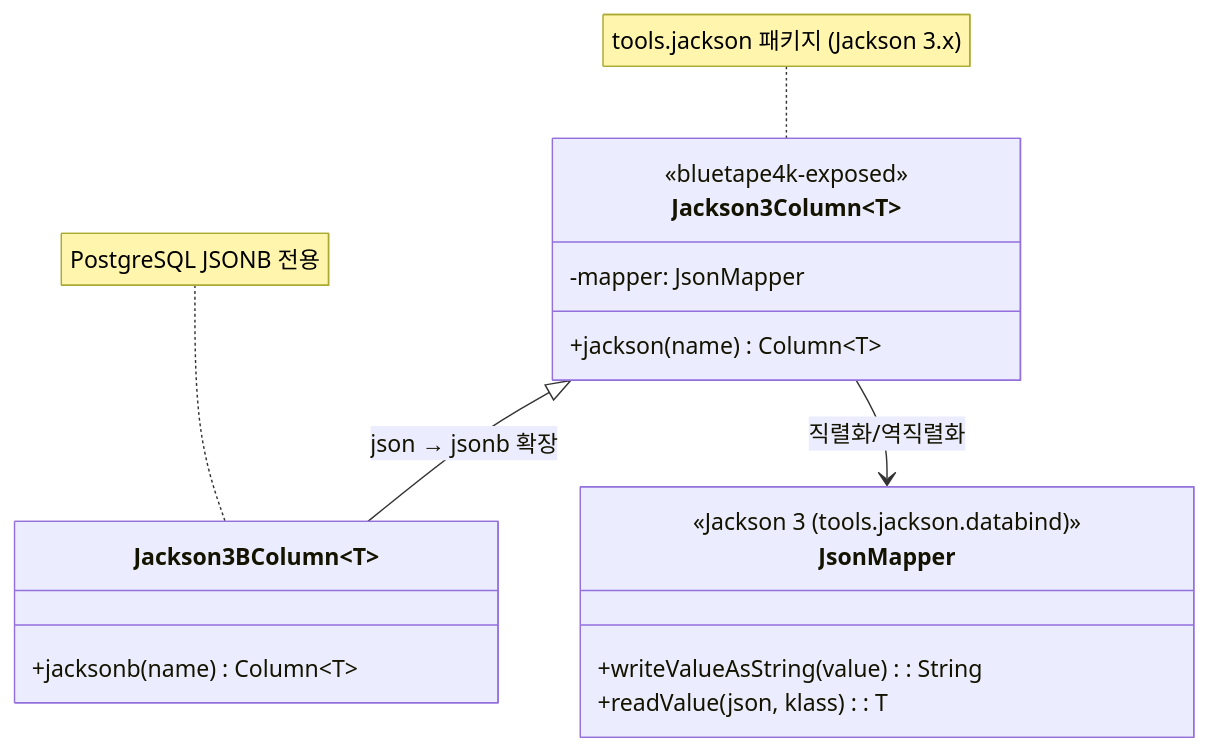
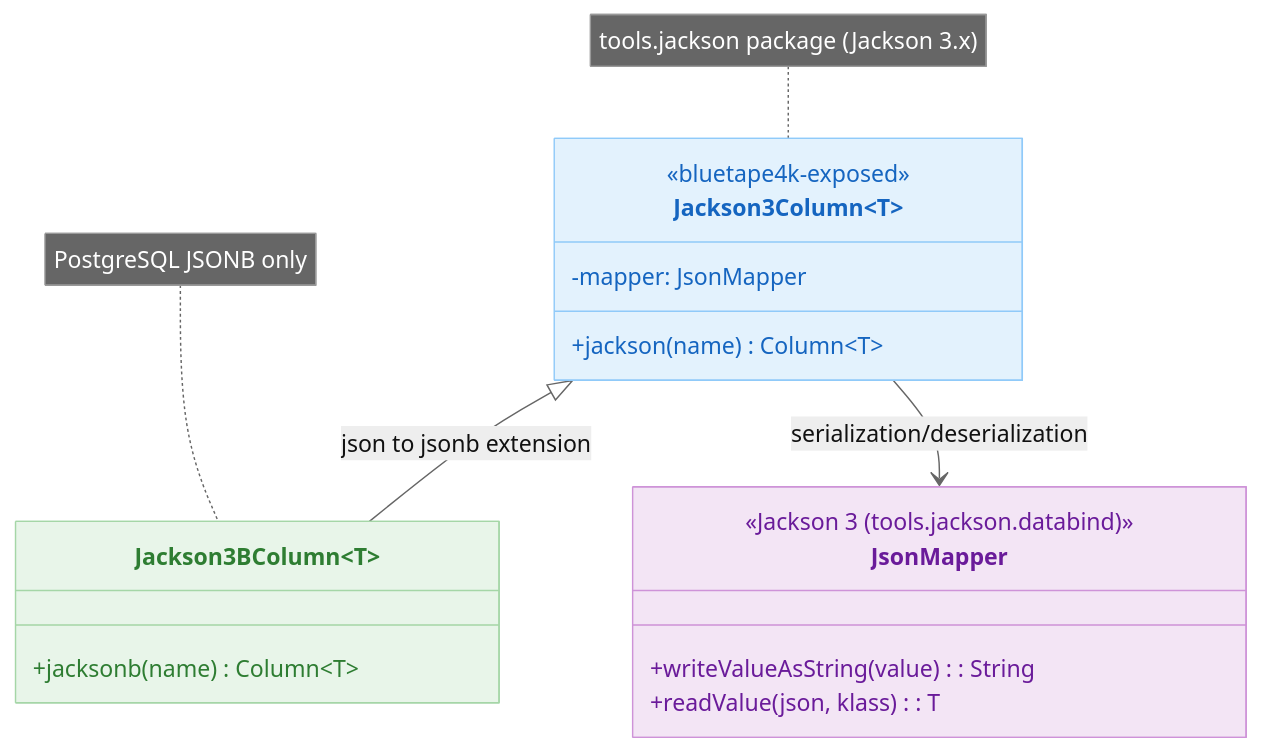
One commit to bluetape4k/exposed-r2dbc-workshop changed the first of 3 diagrams in 06-advanced/11-exposed-r2dbc-jackson3/README.md. Above: the diagram before and after it, drawn with Mermaid. The commit also changed other lines of this file and 63 other files, not shown here.

First line of the commit message:
docs: 전 모듈 README Mermaid UML 추가 및 영/한 이중화

````diff
--- a/06-advanced/11-exposed-r2dbc-jackson3/README.md
+++ b/06-advanced/11-exposed-r2dbc-jackson3/README.md
@@ -34,21 +35,26 @@
 ```mermaid
+%%{init: {"theme": "neutral"}}%%
 classDiagram
     class Jackson3Column~T~ {
         <<bluetape4k-exposed>>
         +jackson(name) Column~T~
         -mapper: JsonMapper
     }
-    note for Jackson3Column "tools.jackson 패키지 (Jackson 3.x)"
+    note for Jackson3Column "tools.jackson package (Jackson 3.x)"
     class Jackson3BColumn~T~ {
         +jacksonb(name) Column~T~
     }
-    note for Jackson3BColumn "PostgreSQL JSONB 전용"
+    note for Jackson3BColumn "PostgreSQL JSONB only"
     class JsonMapper {
         <<Jackson 3 (tools.jackson.databind)>>
         +writeValueAsString(value): String
         +readValue(json, klass): T
     }
 
-    Jackson3Column <|-- Jackson3BColumn : json → jsonb 확장
-    Jackson3Column --> JsonMapper : 직렬화/역직렬화
+    Jackson3Column <|-- Jackson3BColumn : json to jsonb extension
+    Jackson3Column --> JsonMapper : serialization/deserialization
+
+    style Jackson3Column fill:#E3F2FD,stroke:#90CAF9,color:#1565C0
+    style Jackson3BColumn fill:#E8F5E9,stroke:#A5D6A7,color:#2E7D32
+    style JsonMapper fill:#F3E5F5,stroke:#CE93D8,color:#6A1B9A
 ```
````
